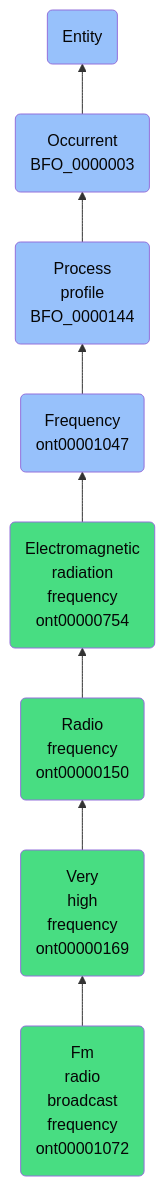
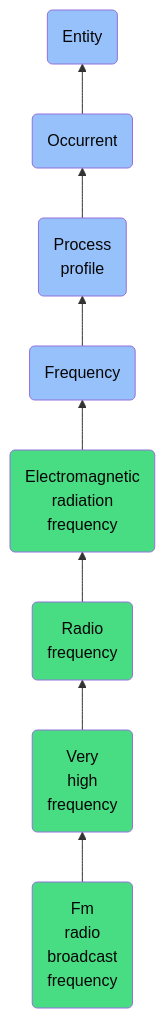
One commit to jupyter-naas/abi changed the diagram in docs/ontology/reference/model/Entity/Occurrent/Process profile/Frequency/Electromagnetic radiation frequency/Radio frequency/Very high frequency/Fm radio broadcast frequency/Fm radio broadcast frequency.md. Above: the diagram before and after it, drawn with Mermaid. The commit also changed other lines of this file and 1430 other files, not shown here.

````diff
--- a/docs/ontology/reference/model/Entity/Occurrent/Process profile/Frequency/Electromagnetic radiation frequency/Radio frequency/Very high frequency/Fm radio broadcast frequency/Fm radio broadcast frequency.md
+++ b/docs/ontology/reference/model/Entity/Occurrent/Process profile/Frequency/Electromagnetic radiation frequency/Radio frequency/Very high frequency/Fm radio broadcast frequency/Fm radio broadcast frequency.md
@@ -24,15 +24,15 @@
 ```mermaid
 graph BT
-    ont00001072(Fm<br>radio<br>broadcast<br>frequency<br>ont00001072):::ABI-->ont00000169
-    ont00000169(Very<br>high<br>frequency<br>ont00000169):::ABI-->ont00000150
-    ont00000150(Radio<br>frequency<br>ont00000150):::ABI-->ont00000754
-    ont00000754(Electromagnetic<br>radiation<br>frequency<br>ont00000754):::ABI-->ont00001047
-    ont00001047(Frequency<br>ont00001047):::BFO-->BFO_0000144
-    BFO_0000144(Process<br>profile<br>BFO_0000144):::BFO-->BFO_0000003
-    BFO_0000003(Occurrent<br>BFO_0000003):::BFO-->BFO_0000001
+    ont00001072(Fm<br>radio<br>broadcast<br>frequency):::ABI-->ont00000169
+    ont00000169(Very<br>high<br>frequency):::ABI-->ont00000150
+    ont00000150(Radio<br>frequency):::ABI-->ont00000754
+    ont00000754(Electromagnetic<br>radiation<br>frequency):::ABI-->ont00001047
+    ont00001047(Frequency):::BFO-->BFO_0000144
+    BFO_0000144(Process<br>profile):::BFO-->BFO_0000003
+    BFO_0000003(Occurrent):::BFO-->BFO_0000001
     BFO_0000001(Entity):::BFO
     
     classDef BFO fill:#97c1fb,color:#060606
     classDef CCO fill:#e4c51e,color:#060606
     classDef ABI fill:#48DD82,color:#060606
 ```
````
